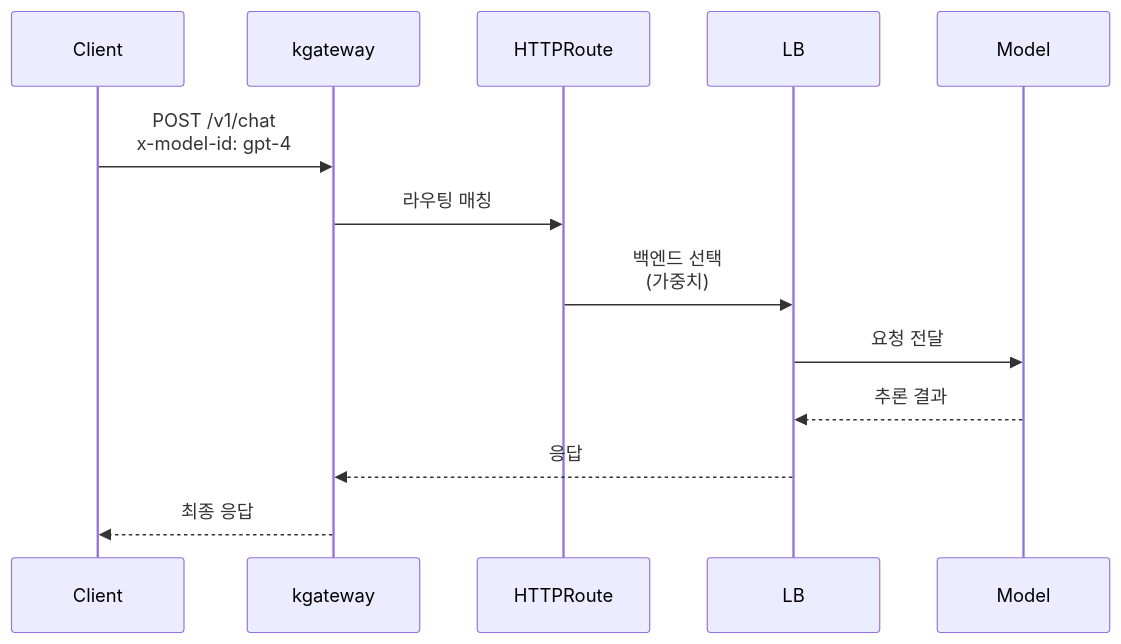
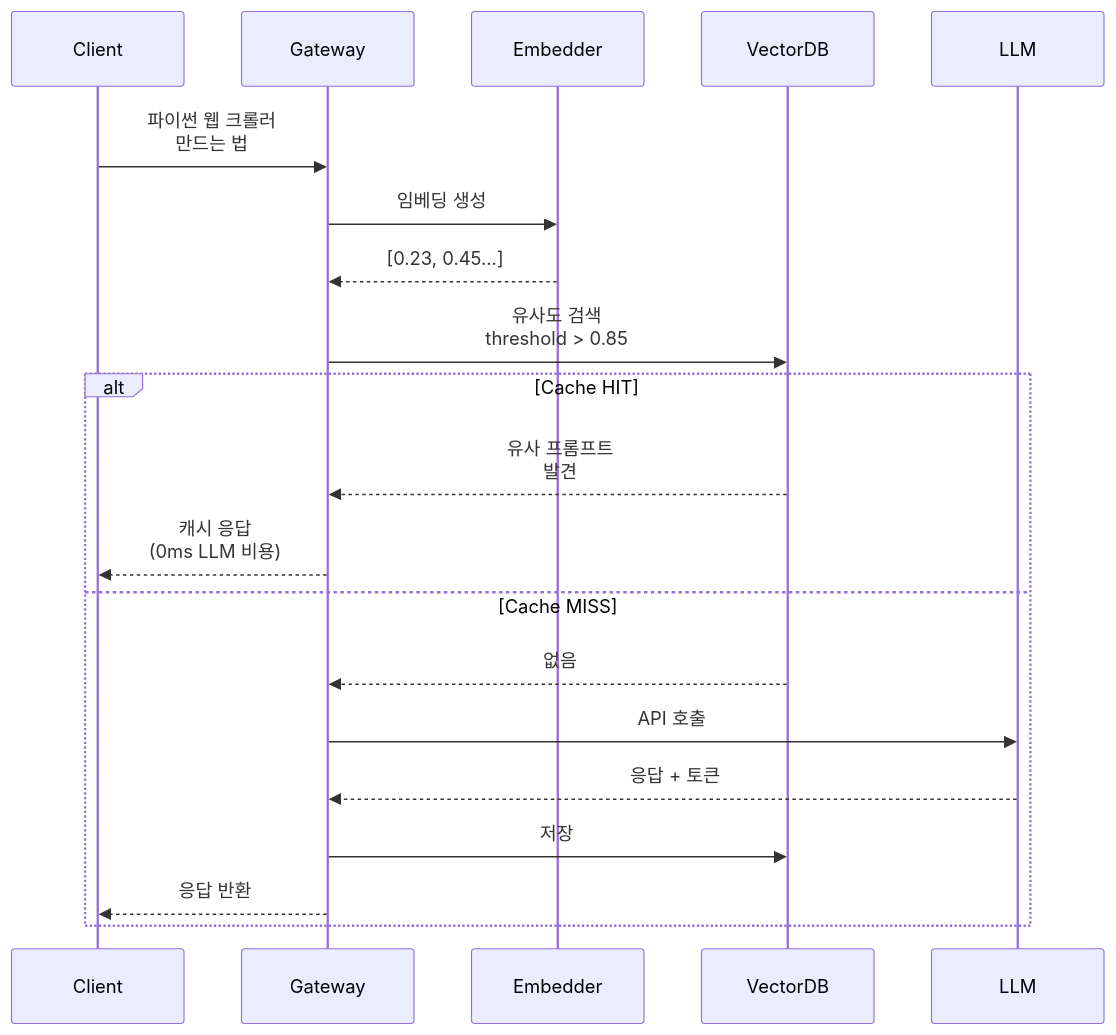
One commit to devfloor9/engineering-playbook changed the fourth of 5 diagrams in docs/agentic-ai-platform/gateway-agents/inference-gateway-routing.md. Above: the diagram before and after it, drawn with Mermaid. The commit also changed other lines of this file and 3 other files, not shown here.

````diff
--- a/docs/agentic-ai-platform/gateway-agents/inference-gateway-routing.md
+++ b/docs/agentic-ai-platform/gateway-agents/inference-gateway-routing.md
@@ -96,16 +356,24 @@
 ```mermaid
 sequenceDiagram
     participant C as Client
-    participant G as kgateway
-    participant R as HTTPRoute
-    participant L as LB
-    participant M as Model
+    participant G as Gateway
+    participant E as Embedder
+    participant V as VectorDB
+    participant L as LLM
 
-    C->>G: POST /v1/chat<br/>x-model-id: gpt-4
-    G->>R: 라우팅 매칭
-    R->>L: 백엔드 선택<br/>(가중치)
-    L->>M: 요청 전달
-    M-->>L: 추론 결과
-    L-->>G: 응답
-    G-->>C: 최종 응답
+    C->>G: 파이썬 웹 크롤러<br/>만드는 법
+    G->>E: 임베딩 생성
+    E-->>G: [0.23, 0.45...]
+    G->>V: 유사도 검색<br/>threshold > 0.85
+
+    alt Cache HIT
+        V-->>G: 유사 프롬프트<br/>발견
+        G-->>C: 캐시 응답<br/>(0ms LLM 비용)
+    else Cache MISS
+        V-->>G: 없음
+        G->>L: API 호출
+        L-->>G: 응답 + 토큰
+        G->>V: 저장
+        G-->>C: 응답 반환
+    end
 ```
````
